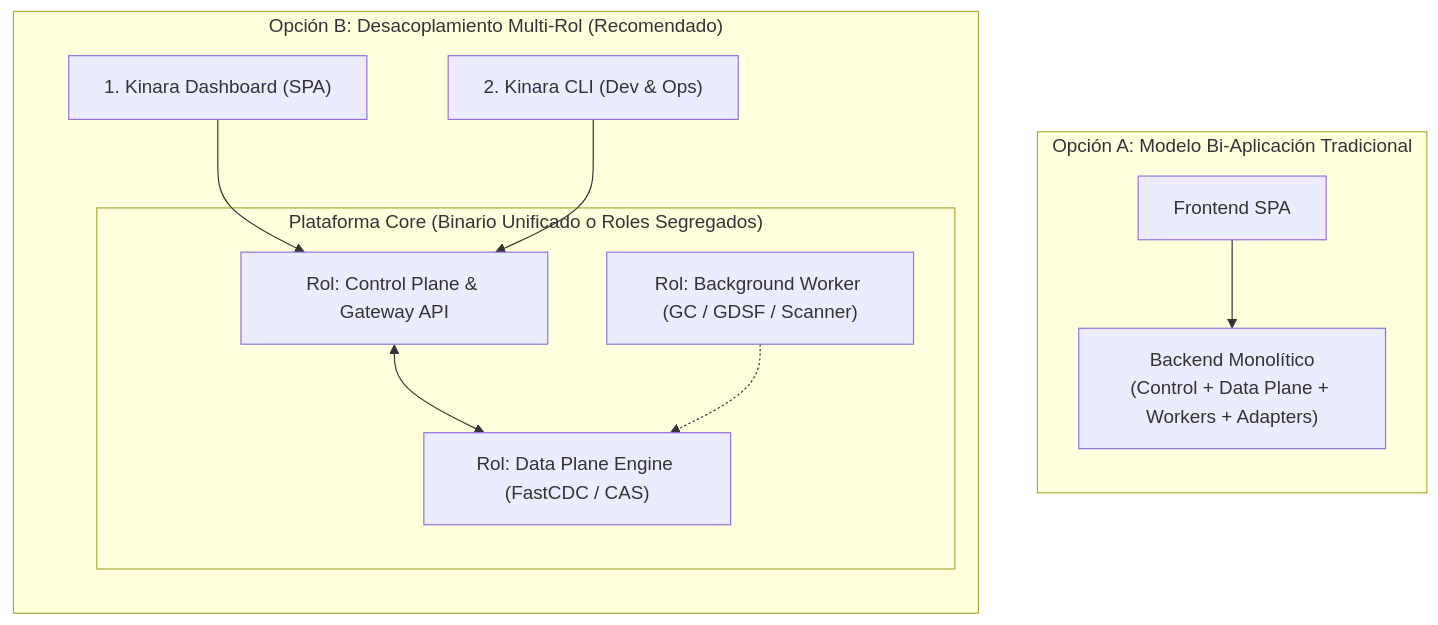
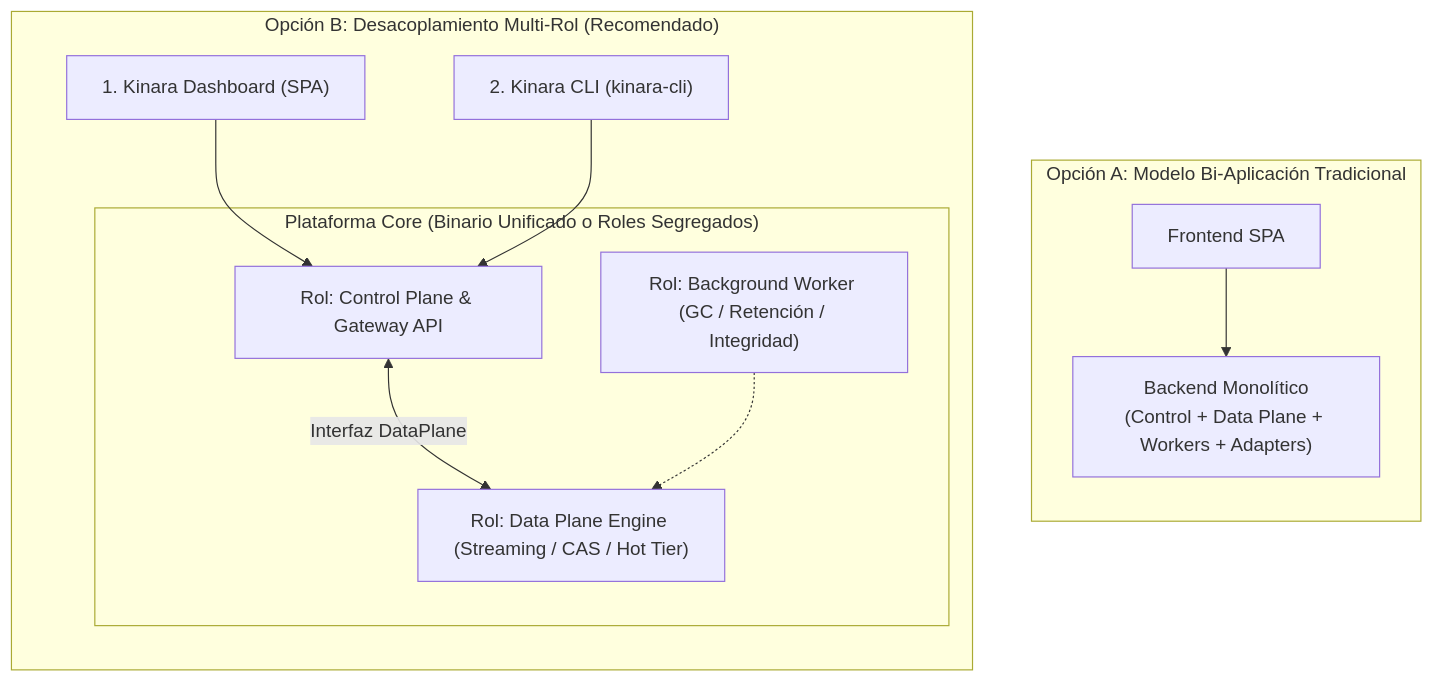
Before and after one commit to CesarAchig/Kinara-Registry: the first of 4 diagrams in Planification/09-investigacion-aplicaciones-y-stack-tecnologico.md, drawn with Mermaid. The commit also changed other lines of this file and 10 other files, not shown here.

````diff
--- a/Planification/09-investigacion-aplicaciones-y-stack-tecnologico.md
+++ b/Planification/09-investigacion-aplicaciones-y-stack-tecnologico.md
@@ -22,26 +22,26 @@
 ```mermaid
 flowchart TB
     subgraph EnfoqueA["Opción A: Modelo Bi-Aplicación Tradicional"]
         direction TB
         UI1["Frontend SPA"]
         API1["Backend Monolítico\n(Control + Data Plane + Workers + Adapters)"]
         UI1 --> API1
     end
 
     subgraph EnfoqueB["Opción B: Desacoplamiento Multi-Rol (Recomendado)"]
         direction TB
         UI2["1. Kinara Dashboard (SPA)"]
-        CLI2["2. Kinara CLI (Dev & Ops)"]
+        CLI2["2. Kinara CLI (kinara-cli)"]
         
         subgraph CorePlatform["Plataforma Core (Binario Unificado o Roles Segregados)"]
             Control2["Rol: Control Plane & Gateway API"]
-            Data2["Rol: Data Plane Engine (FastCDC / CAS)"]
-            Worker2["Rol: Background Worker (GC / GDSF / Scanner)"]
+            Data2["Rol: Data Plane Engine (Streaming / CAS / Hot Tier)"]
+            Worker2["Rol: Background Worker (GC / Retención / Integridad)"]
         end
         
         UI2 --> Control2
         CLI2 --> Control2
-        Control2 <--> Data2
+        Control2 <-->|"Interfaz DataPlane"| Data2
         Worker2 -.-> Data2
     end
 ```
````
